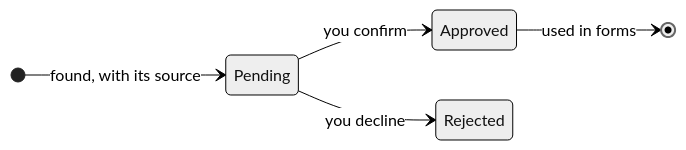
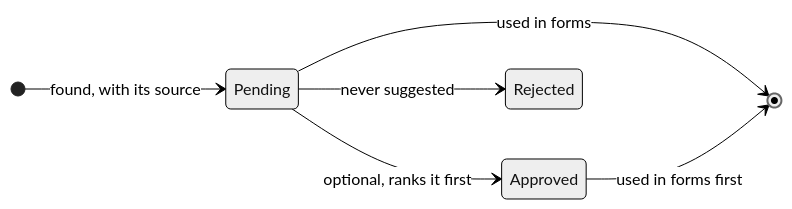
The third of 3 diagrams in docs/ARCHITECTURE.md (Kunal30/rigveda-ai), drawn with Mermaid before and after one commit. The commit also changed other lines of this file and 13 other files, not shown here.

````diff
--- a/docs/ARCHITECTURE.md
+++ b/docs/ARCHITECTURE.md
@@ -64,9 +64,10 @@
 ```mermaid
 %%{init: {'theme':'neutral'}}%%
 stateDiagram-v2
     direction LR
     [*] --> Pending: found, with its source
-    Pending --> Approved: you confirm
-    Pending --> Rejected: you decline
-    Approved --> [*]: used in forms
+    Pending --> Approved: optional, ranks it first
+    Pending --> Rejected: never suggested
+    Pending --> [*]: used in forms
+    Approved --> [*]: used in forms first
 ```
````
